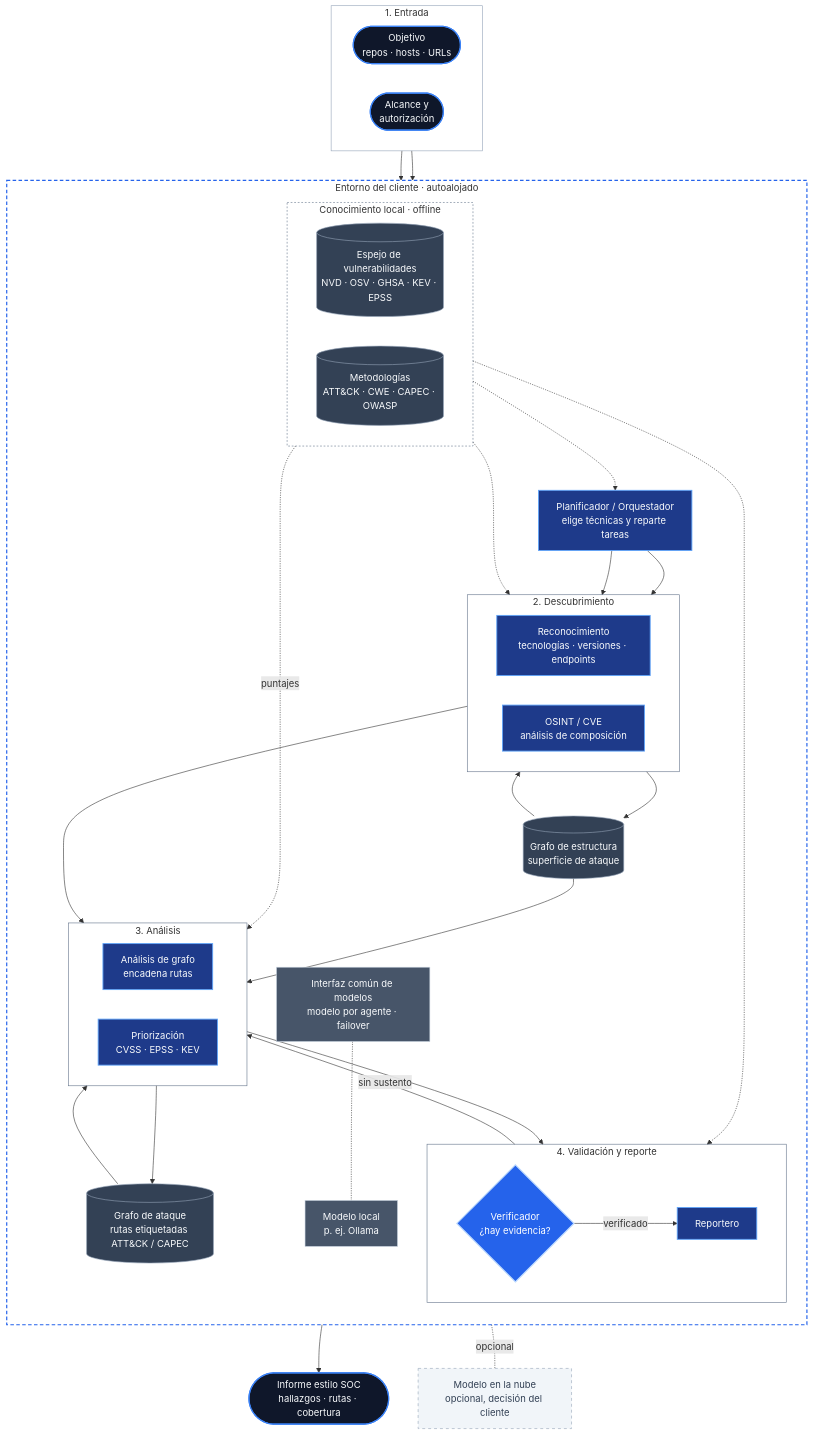
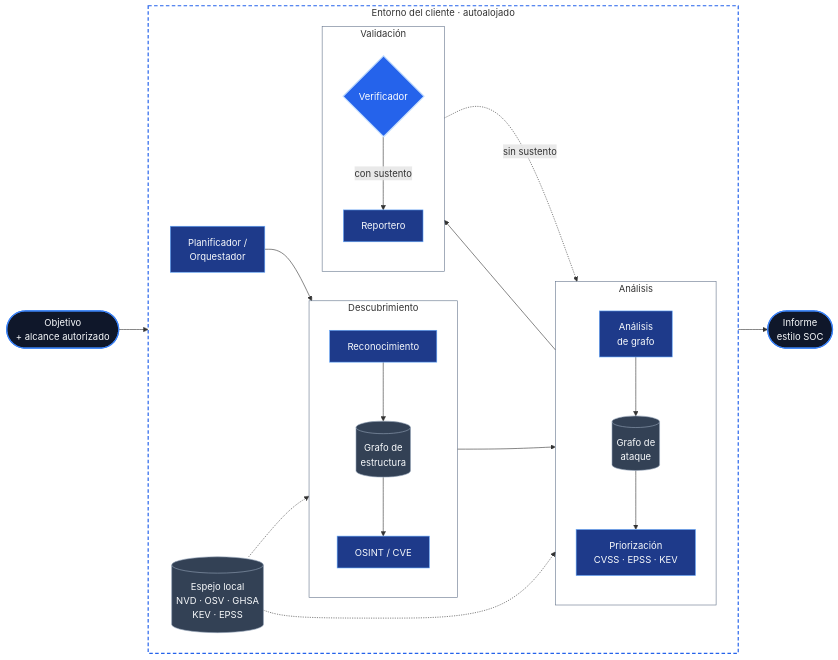
Before and after one commit to Miguel7293/PiM: the third of 4 diagrams in README.md, drawn with Mermaid. The commit also changed other lines of this file and 3 other files, not shown here.

````diff
--- a/README.md
+++ b/README.md
@@ -108,91 +414,42 @@
 ```mermaid
-flowchart TB
-    subgraph IN["1. Entrada"]
+flowchart LR
+    IN(["Objetivo<br/>+ alcance autorizado"])
+
+    subgraph ENV["Entorno del cliente · autoalojado"]
         direction LR
-        T(["Objetivo<br/>repos · hosts · URLs"])
-        S(["Alcance y<br/>autorización"])
+        P["Planificador /<br/>Orquestador"]
+        subgraph DISC["Descubrimiento"]
+            direction TB
+            R["Reconocimiento"] --> GE[("Grafo de<br/>estructura")] --> O["OSINT / CVE"]
+        end
+        subgraph ANA["Análisis"]
+            direction TB
+            A["Análisis<br/>de grafo"] --> GA[("Grafo de<br/>ataque")] --> Z["Priorización<br/>CVSS · EPSS · KEV"]
+        end
+        subgraph VAL["Validación"]
+            direction TB
+            V{"Verificador"} -- "con sustento" --> I["Reportero"]
+        end
+        KB[("Espejo local<br/>NVD · OSV · GHSA<br/>KEV · EPSS")]
     end
 
-    subgraph ENV["Entorno del cliente · autoalojado"]
-        direction TB
+    OUT(["Informe<br/>estilo SOC"])
 
-        P["Planificador / Orquestador<br/>elige técnicas y reparte tareas"]
+    IN --> P --> DISC --> ANA --> VAL --> OUT
+    VAL -. "sin sustento" .-> ANA
+    KB -.-> DISC
+    KB -.-> ANA
 
-        subgraph DISC["2. Descubrimiento"]
-            direction LR
-            R["Reconocimiento<br/>tecnologías · versiones · endpoints"]
-            O["OSINT / CVE<br/>análisis de composición"]
-        end
-
-        GE[("Grafo de estructura<br/>superficie de ataque")]
-
-        subgraph ANA["3. Análisis"]
-            direction LR
-            A["Análisis de grafo<br/>encadena rutas"]
-            Z["Priorización<br/>CVSS · EPSS · KEV"]
-        end
-
-        GA[("Grafo de ataque<br/>rutas etiquetadas ATT&CK / CAPEC")]
-
-        subgraph VAL["4. Validación y reporte"]
-            direction LR
-            V{"Verificador<br/>¿hay evidencia?"}
-            I["Reportero"]
-        end
-
-        subgraph KB["Conocimiento local · offline"]
-            direction LR
-            DB[("Espejo de vulnerabilidades<br/>NVD · OSV · GHSA · KEV · EPSS")]
-            MT[("Metodologías<br/>ATT&CK · CWE · CAPEC · OWASP")]
-        end
-
-        LLM["Interfaz común de modelos<br/>modelo por agente · failover"]
-        LOC["Modelo local<br/>p. ej. Ollama"]
-    end
-
-    CLOUD["Modelo en la nube<br/>opcional, decisión del cliente"]
-
-    F(["Informe estilo SOC<br/>hallazgos · rutas · cobertura"])
-
-    T --> P
-    S --> P
-    P --> R
-    P --> O
-    R --> GE
-    GE --> O
-    DB -.-> O
-    O --> A
-    GE --> A
-    A --> GA
-    GA --> Z
-    DB -. "puntajes" .-> Z
-    Z --> V
-    V -- "sin sustento" --> A
-    V -- "verificado" --> I
-    MT -.-> P
-    MT -.-> I
-    I --> F
-    LLM -.- LOC
-    LLM -. "opcional" .- CLOUD
-
-    classDef agent fill:#1E3A8A,stroke:#60A5FA,stroke-width:1.5px,color:#F8FAFC
+    classDef agent fill:#1E3A8A,stroke:#60A5FA,color:#F8FAFC
     classDef store fill:#334155,stroke:#94A3B8,color:#F8FAFC
     classDef io fill:#0F172A,stroke:#3B82F6,stroke-width:2px,color:#F8FAFC
     classDef check fill:#2563EB,stroke:#BFDBFE,stroke-width:2px,color:#FFFFFF
-    classDef model fill:#475569,stroke:#CBD5E1,color:#F8FAFC
-    classDef ext fill:#F1F5F9,stroke:#94A3B8,stroke-dasharray:5 5,color:#334155
-
     class P,R,O,A,Z,I agent
-    class GE,GA,DB,MT store
-    class T,S,F io
+    class GE,GA,KB store
+    class IN,OUT io
     class V check
-    class LLM,LOC model
-    class CLOUD ext
-
     style ENV fill:transparent,stroke:#2563EB,stroke-width:2px,stroke-dasharray:6 4
-    style IN fill:transparent,stroke:#94A3B8
     style DISC fill:transparent,stroke:#64748B
     style ANA fill:transparent,stroke:#64748B
     style VAL fill:transparent,stroke:#64748B
-    style KB fill:transparent,stroke:#64748B,stroke-dasharray:3 3
 ```
````
